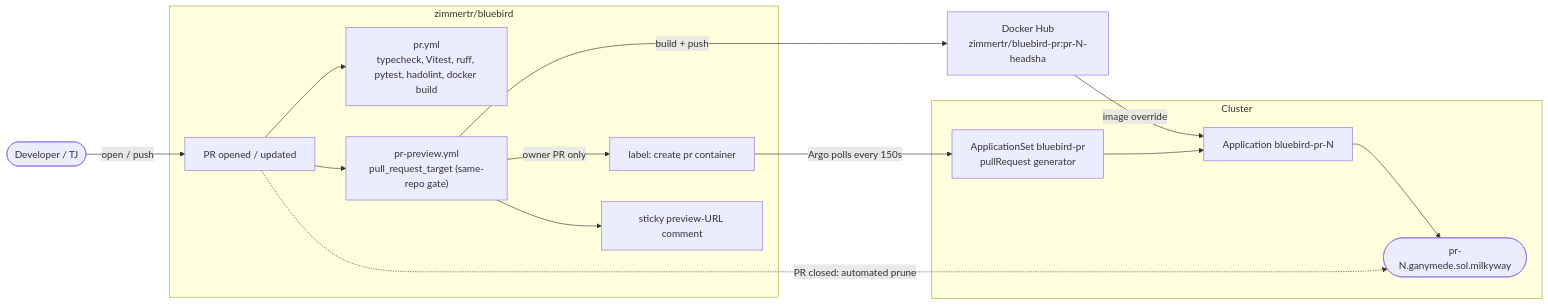
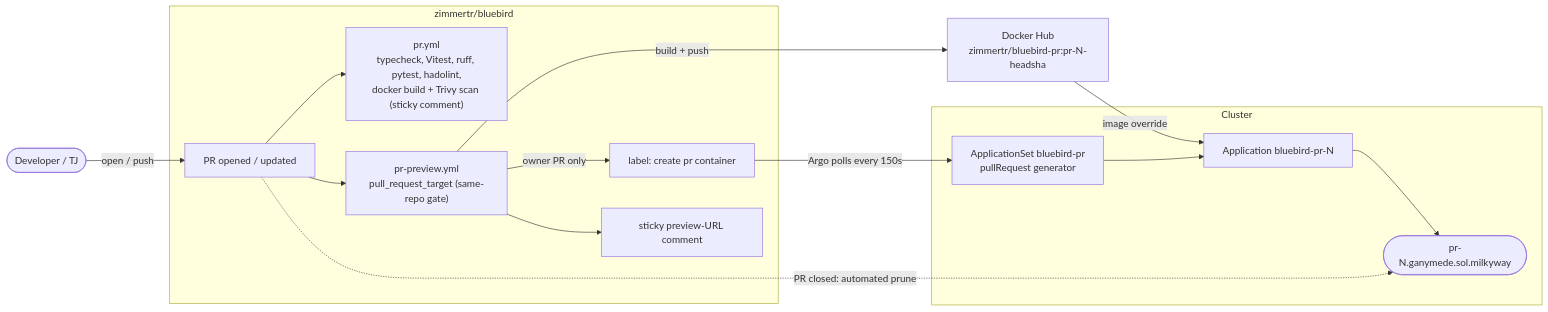
The second of 3 diagrams in docs/CICD.md (zimmertr/bluebird), drawn with Mermaid before and after one commit. The commit also changed other lines of this file and 5 other files, not shown here.

````diff
--- a/docs/CICD.md
+++ b/docs/CICD.md
@@ -141,32 +141,32 @@
 ```mermaid
 flowchart LR
     dev(["Developer / TJ"])
 
     subgraph BB["zimmertr/bluebird"]
         pr["PR opened / updated"]
-        checks["pr.yml<br/>typecheck, Vitest, ruff, pytest, hadolint, docker build"]
+        checks["pr.yml<br/>typecheck, Vitest, ruff, pytest, hadolint,<br/>docker build + Trivy scan (sticky comment)"]
         preview["pr-preview.yml<br/>pull_request_target (same-repo gate)"]
         label["label: create pr container"]
         comment["sticky preview-URL comment"]
     end
 
     dhpr["Docker Hub<br/>zimmertr/bluebird-pr:pr-N-headsha"]
 
     subgraph CL["Cluster"]
         appset["ApplicationSet bluebird-pr<br/>pullRequest generator"]
         app["Application bluebird-pr-N"]
         env(["pr-N.ganymede.sol.milkyway"])
     end
 
     dev -->|open / push| pr
     pr --> checks
     pr --> preview
     preview -->|build + push| dhpr
     preview -->|owner PR only| label
     preview --> comment
     label -->|Argo polls every 150s| appset
     appset --> app
     dhpr -->|image override| app
     app --> env
     pr -.->|PR closed: automated prune| env
 ```
````
